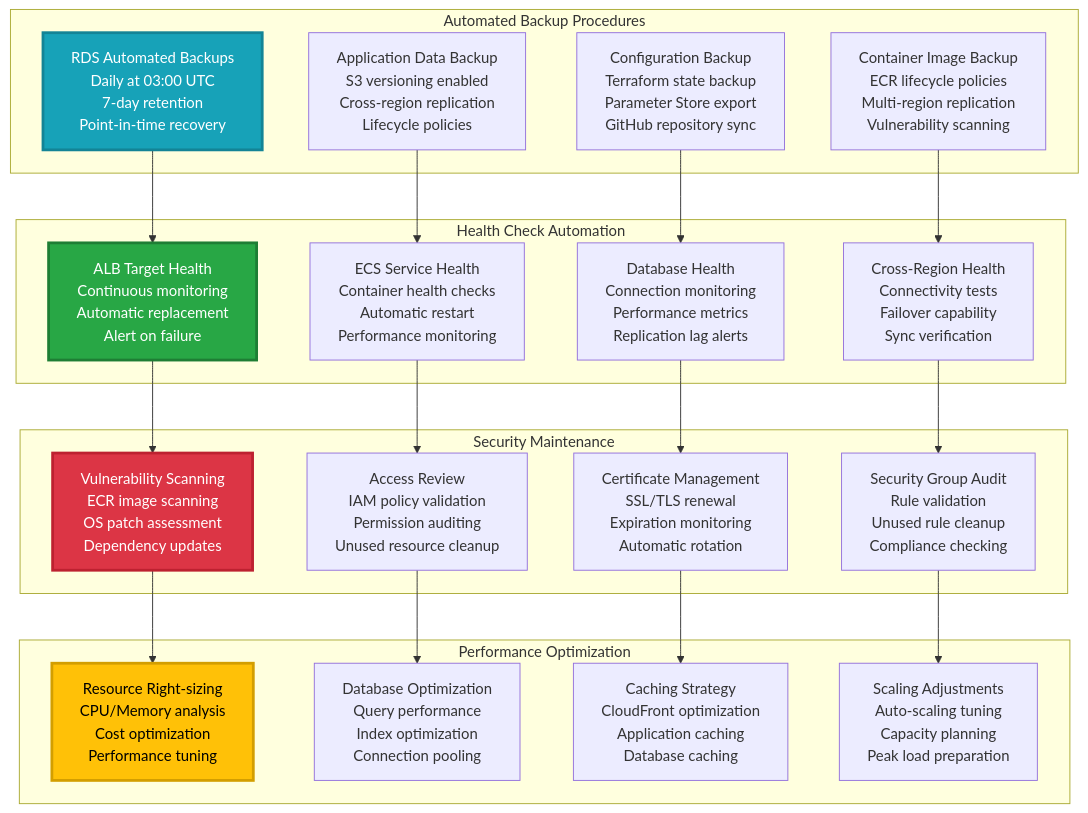
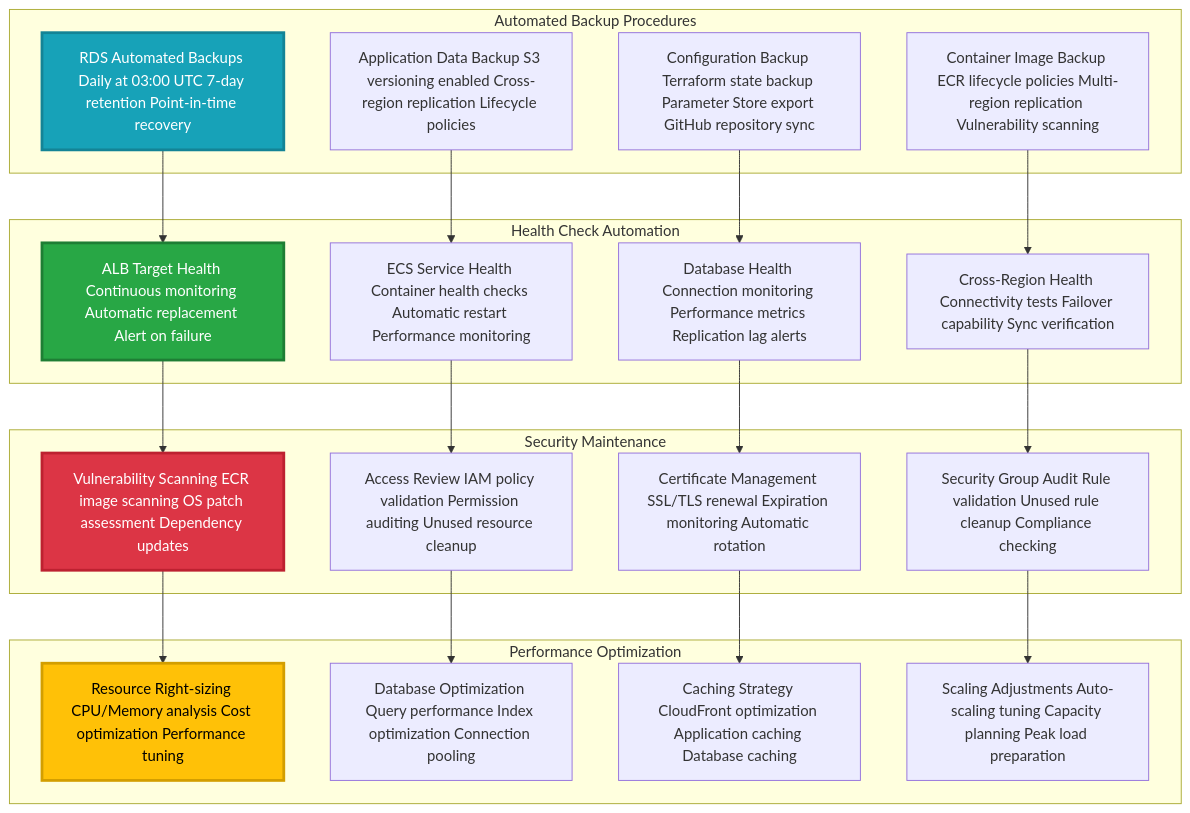
One commit to mangucletus/disaster-recovery-for-containerized-lamp-stack-application changed diagram 17 of 20 in README.md. Above: the diagram before and after it, drawn with Mermaid. The commit also changed other lines of this file, not shown here.

````diff
--- a/README.md
+++ b/README.md
@@ -1265,50 +1267,50 @@
 ```mermaid
 graph TD
     subgraph "Automated Backup Procedures"
-        B1[RDS Automated Backups<br/>Daily at 03:00 UTC<br/>7-day retention<br/>Point-in-time recovery]
-        B2[Application Data Backup<br/>S3 versioning enabled<br/>Cross-region replication<br/>Lifecycle policies]
-        B3[Configuration Backup<br/>Terraform state backup<br/>Parameter Store export<br/>GitHub repository sync]
-        B4[Container Image Backup<br/>ECR lifecycle policies<br/>Multi-region replication<br/>Vulnerability scanning]
+        B1[RDS Automated Backups Daily at 03:00 UTC 7-day retention Point-in-time recovery]
+        B2[Application Data Backup S3 versioning enabled Cross-region replication Lifecycle policies]
+        B3[Configuration Backup Terraform state backup Parameter Store export GitHub repository sync]
+        B4[Container Image Backup ECR lifecycle policies Multi-region replication Vulnerability scanning]
     end
     
     subgraph "Health Check Automation"
-        H1[ALB Target Health<br/>Continuous monitoring<br/>Automatic replacement<br/>Alert on failure]
-        H2[ECS Service Health<br/>Container health checks<br/>Automatic restart<br/>Performance monitoring]
-        H3[Database Health<br/>Connection monitoring<br/>Performance metrics<br/>Replication lag alerts]
-        H4[Cross-Region Health<br/>Connectivity tests<br/>Failover capability<br/>Sync verification]
+        H1[ALB Target Health Continuous monitoring Automatic replacement Alert on failure]
+        H2[ECS Service Health Container health checks Automatic restart Performance monitoring]
+        H3[Database Health Connection monitoring Performance metrics Replication lag alerts]
+        H4[Cross-Region Health Connectivity tests Failover capability Sync verification]
     end
     
     subgraph "Security Maintenance"
-        S1[Vulnerability Scanning<br/>ECR image scanning<br/>OS patch assessment<br/>Dependency updates]
-        S2[Access Review<br/>IAM policy validation<br/>Permission auditing<br/>Unused resource cleanup]
-        S3[Certificate Management<br/>SSL/TLS renewal<br/>Expiration monitoring<br/>Automatic rotation]
-        S4[Security Group Audit<br/>Rule validation<br/>Unused rule cleanup<br/>Compliance checking]
+        S1[Vulnerability Scanning ECR image scanning OS patch assessment Dependency updates]
+        S2[Access Review IAM policy validation Permission auditing Unused resource cleanup]
+        S3[Certificate Management SSL/TLS renewal Expiration monitoring Automatic rotation]
+        S4[Security Group Audit Rule validation Unused rule cleanup Compliance checking]
     end
     
     subgraph "Performance Optimization"
-        P1[Resource Right-sizing<br/>CPU/Memory analysis<br/>Cost optimization<br/>Performance tuning]
-        P2[Database Optimization<br/>Query performance<br/>Index optimization<br/>Connection pooling]
-        P3[Caching Strategy<br/>CloudFront optimization<br/>Application caching<br/>Database caching]
-        P4[Scaling Adjustments<br/>Auto-scaling tuning<br/>Capacity planning<br/>Peak load preparation]
+        P1[Resource Right-sizing CPU/Memory analysis Cost optimization Performance tuning]
+        P2[Database Optimization Query performance Index optimization Connection pooling]
+        P3[Caching Strategy CloudFront optimization Application caching Database caching]
+        P4[Scaling Adjustments Auto-scaling tuning Capacity planning Peak load preparation]
     end
     
     B1 --> H1
     B2 --> H2
     B3 --> H3
     B4 --> H4
     
     H1 --> S1
     H2 --> S2
     H3 --> S3
     H4 --> S4
     
     S1 --> P1
     S2 --> P2
     S3 --> P3
     S4 --> P4
     
     style B1 fill:#17a2b8,color:#ffffff,stroke:#138496,stroke-width:3px
     style H1 fill:#28a745,color:#ffffff,stroke:#1e7e34,stroke-width:3px
     style S1 fill:#dc3545,color:#ffffff,stroke:#bd2130,stroke-width:3px
     style P1 fill:#ffc107,color:#000000,stroke:#d39e00,stroke-width:3px
 ```
````
